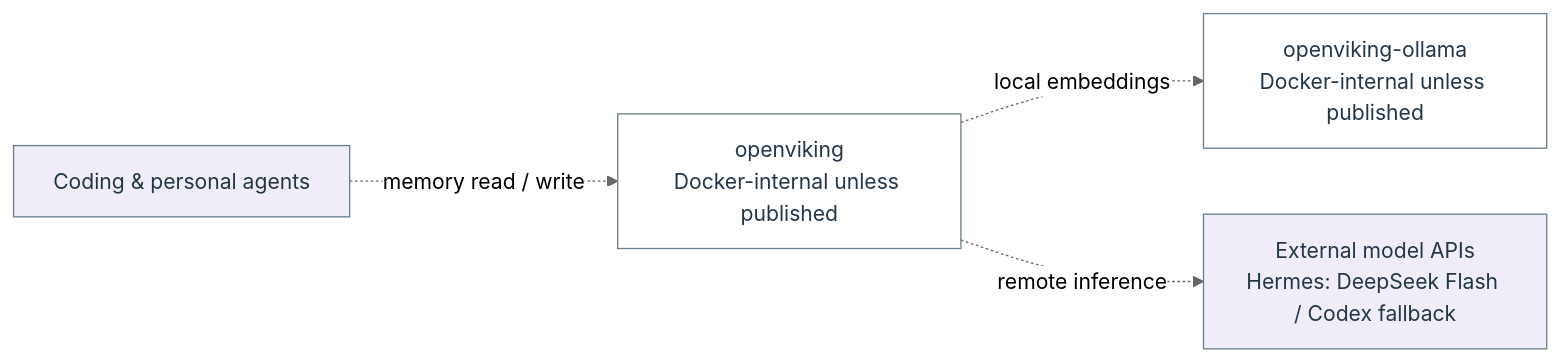
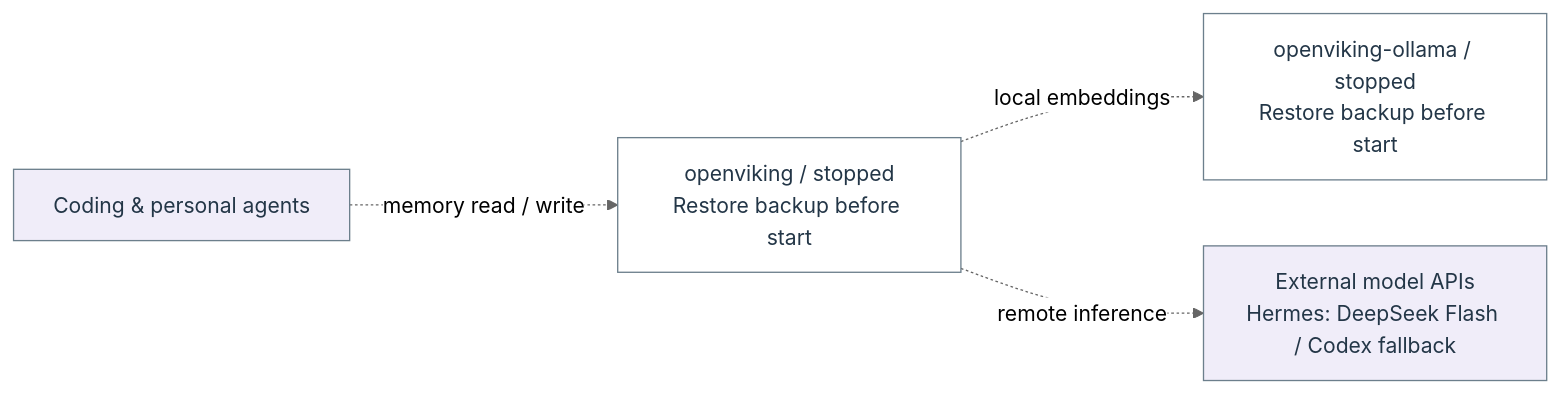
One commit to Harsh-2002/Homelab changed the diagram in docs/architecture/flow-6.mmd. Above: the diagram before and after it, drawn with Mermaid (neutral theme). The commit also changed 77 other files, not shown here.

```diff
--- a/docs/architecture/flow-6.mmd
+++ b/docs/architecture/flow-6.mmd
@@ -1,12 +1,12 @@
 flowchart LR
-  n_flow_6_0["openviking<br/>Docker-internal unless published"]
+  n_flow_6_0["openviking / stopped<br/>Restore backup before start"]
   n_flow_6_1["Coding &amp; personal agents"]
-  n_flow_6_2["openviking-ollama<br/>Docker-internal unless published"]
+  n_flow_6_2["openviking-ollama / stopped<br/>Restore backup before start"]
   n_flow_6_3["External model APIs<br/>Hermes: DeepSeek Flash / Codex fallback"]
   n_flow_6_1 -.->|"memory read / write"| n_flow_6_0
   n_flow_6_0 -.->|"local embeddings"| n_flow_6_2
   n_flow_6_0 -.->|"remote inference"| n_flow_6_3
   classDef c_flow_6_0 fill:#ffffff,stroke:#6c7f8c,color:#233647;
   class n_flow_6_0,n_flow_6_2 c_flow_6_0;
   classDef c_flow_6_1 fill:#f0edf9,stroke:#6c7f8c,color:#233647;
   class n_flow_6_1,n_flow_6_3 c_flow_6_1;
```
